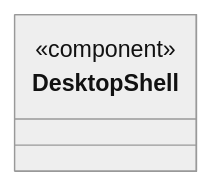
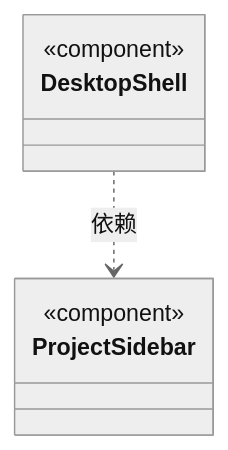
One commit to nan023062/cbim changed the first of 2 diagrams in src/view/desktop/ARCHITECTURE.md. Above: the diagram before and after it, drawn with Mermaid (neutral theme). The commit also changed other lines of this file and 34 other files, not shown here.

````diff
--- a/src/view/desktop/ARCHITECTURE.md
+++ b/src/view/desktop/ARCHITECTURE.md
@@ -20,7 +22,12 @@
 ```mermaid
 classDiagram
 class N_ea19e9368c8b["DesktopShell"] {
   <<component>>
 }
 click N_ea19e9368c8b href "DesktopShell.tsx"
+class N_8043138c284d["ProjectSidebar"] {
+  <<component>>
+}
+click N_8043138c284d href "ProjectSidebar.tsx"
+N_ea19e9368c8b ..> N_8043138c284d : 依赖
 ```
````
